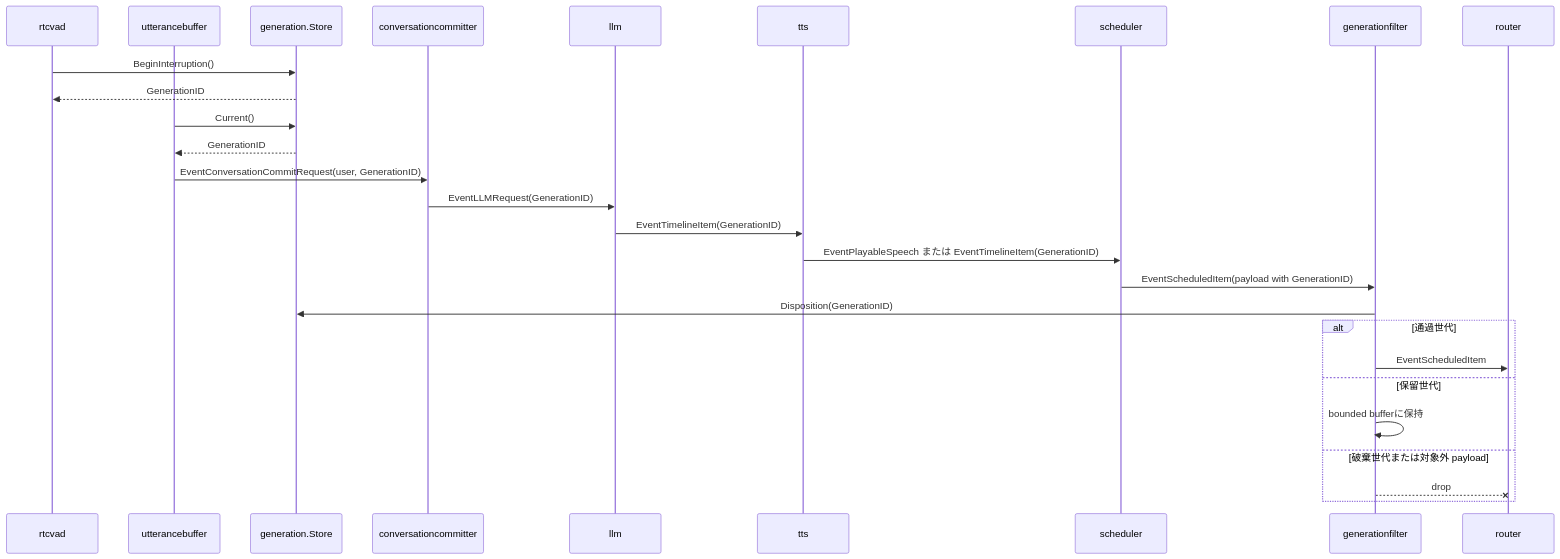
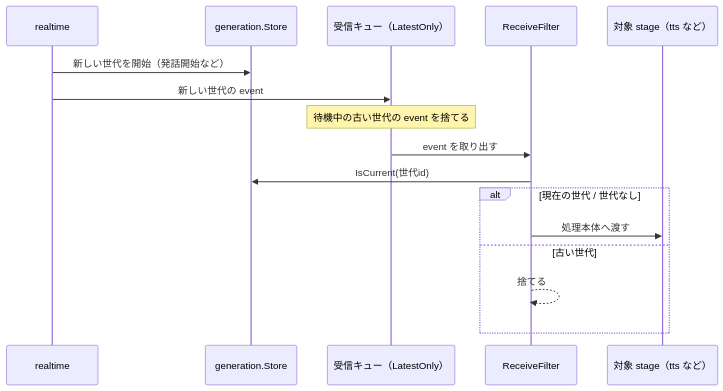
The diagram in docs/components/generationfilter.md (tetetratra/smart-speaker), drawn with Mermaid before and after one commit. The commit also changed other lines of this file and 56 other files, not shown here.

````diff
--- a/docs/components/generationfilter.md
+++ b/docs/components/generationfilter.md
@@ -55,30 +33,19 @@
 ```mermaid
 sequenceDiagram
-    participant V as rtcvad
-    participant U as utterancebuffer
+    participant RT as realtime
     participant G as generation.Store
-    participant C as conversationcommitter
-    participant L as llm
-    participant T as tts
-    participant S as scheduler
-    participant F as generationfilter
-    participant R as router
+    participant Q as 受信キュー（LatestOnly）
+    participant F as ReceiveFilter
+    participant ST as 対象 stage（tts など）
 
-    V->>G: BeginInterruption()
-    G-->>V: GenerationID
-    U->>G: Current()
-    G-->>U: GenerationID
-    U->>C: EventConversationCommitRequest(user, GenerationID)
-    C->>L: EventLLMRequest(GenerationID)
-    L->>T: EventTimelineItem(GenerationID)
-    T->>S: EventPlayableSpeech または EventTimelineItem(GenerationID)
-    S->>F: EventScheduledItem(payload with GenerationID)
-    F->>G: Disposition(GenerationID)
-    alt 通過世代
-        F->>R: EventScheduledItem
-    else 保留世代
-        F->>F: bounded bufferに保持
-    else 破棄世代または対象外 payload
-        F--xR: drop
+    RT->>G: 新しい世代を開始（発話開始など）
+    RT->>Q: 新しい世代の event
+    Note over Q: 待機中の古い世代の event を捨てる
+    Q->>F: event を取り出す
+    F->>G: IsCurrent(世代id)
+    alt 現在の世代 / 世代なし
+        F->>ST: 処理本体へ渡す
+    else 古い世代
+        F-->>F: 捨てる
     end
 ```
````
